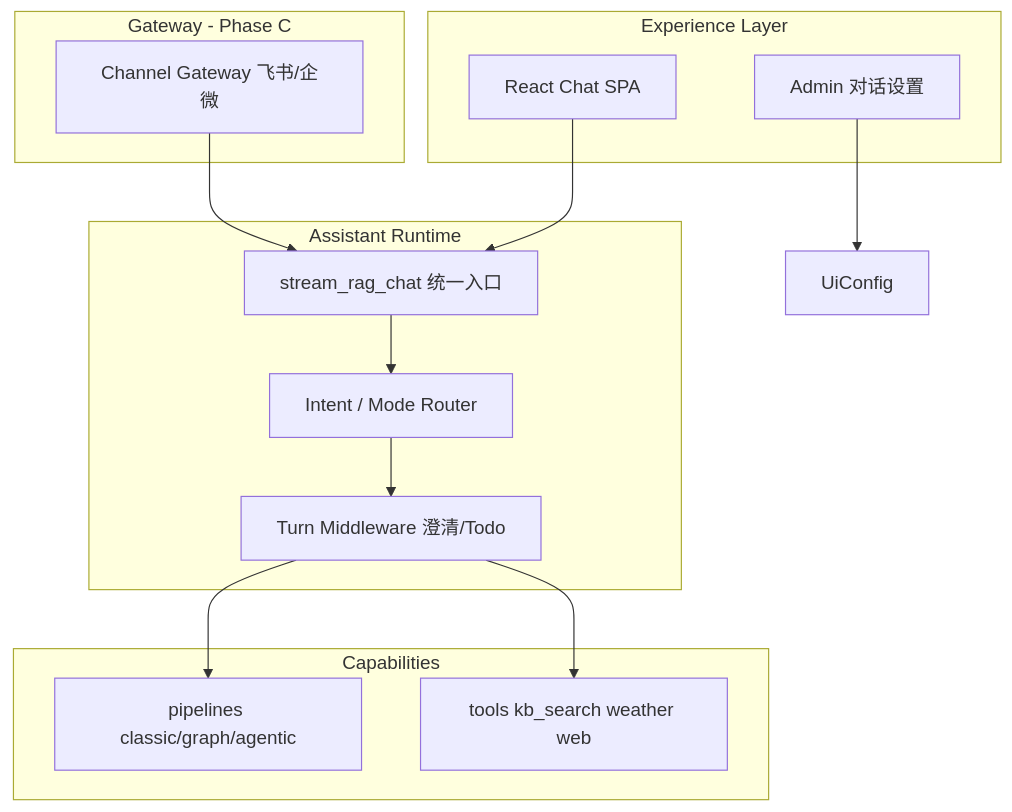
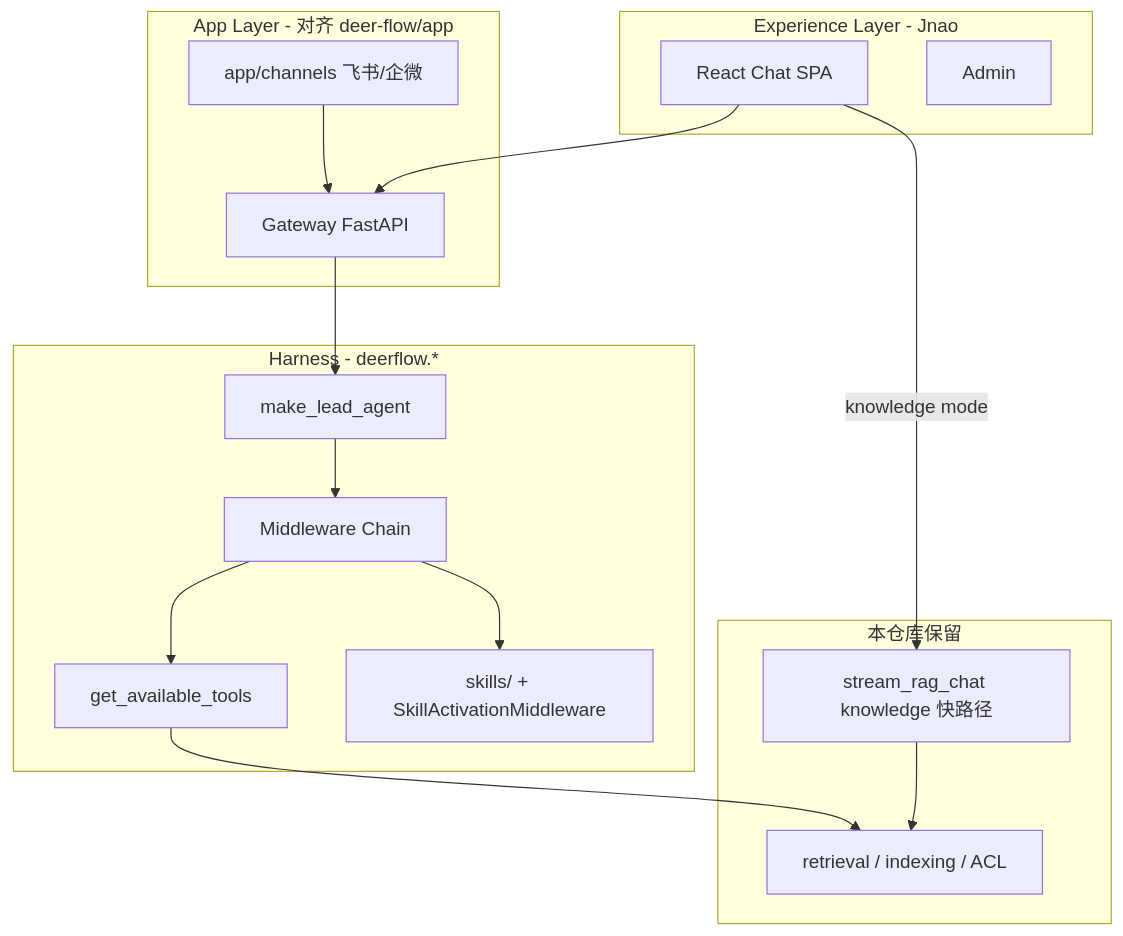
The diagram in docs/assistant-fusion-plan.md (1935494577/Xiaoxin-Agentic-RAG-System), drawn with Mermaid before and after one commit. The commit also changed other lines of this file and 17 other files, not shown here.

````diff
--- a/docs/assistant-fusion-plan.md
+++ b/docs/assistant-fusion-plan.md
@@ -22,27 +39,33 @@
 ```mermaid
 flowchart TB
-  subgraph experience [Experience Layer]
+  subgraph experience [Experience Layer - Jnao]
     WEB[React Chat SPA]
-    ADM[Admin 对话设置]
+    ADM[Admin]
   end
 
-  subgraph gateway [Gateway - Phase C]
-    CH[Channel Gateway 飞书/企微]
+  subgraph app [App Layer - 对齐 deer-flow/app]
+    GW[Gateway FastAPI]
+    CH[app/channels 飞书/企微]
   end
 
-  subgraph runtime [Assistant Runtime]
-    ROUTER[Intent / Mode Router]
-    MW[Turn Middleware 澄清/Todo]
-    STREAM[stream_rag_chat 统一入口]
+  subgraph harness [Harness - deerflow.*]
+    LEAD[make_lead_agent]
+    MW[Middleware Chain]
+    TOOLS[get_available_tools]
+    SK[skills/ + SkillActivationMiddleware]
   end
 
-  subgraph capabilities [Capabilities]
-    RAG[pipelines classic/graph/agentic]
-    TOOLS[tools kb_search weather web]
+  subgraph rag [本仓库保留]
+    KB[stream_rag_chat knowledge 快路径]
+    IDX[retrieval / indexing / ACL]
   end
 
-  WEB --> STREAM
-  CH --> STREAM
-  ADM --> UiConfig
-  STREAM --> ROUTER --> MW --> RAG & TOOLS
+  WEB --> GW
+  CH --> GW
+  GW --> LEAD
+  LEAD --> MW --> TOOLS
+  MW --> SK
+  TOOLS --> IDX
+  WEB -->|knowledge mode| KB
+  KB --> IDX
 ```
````
